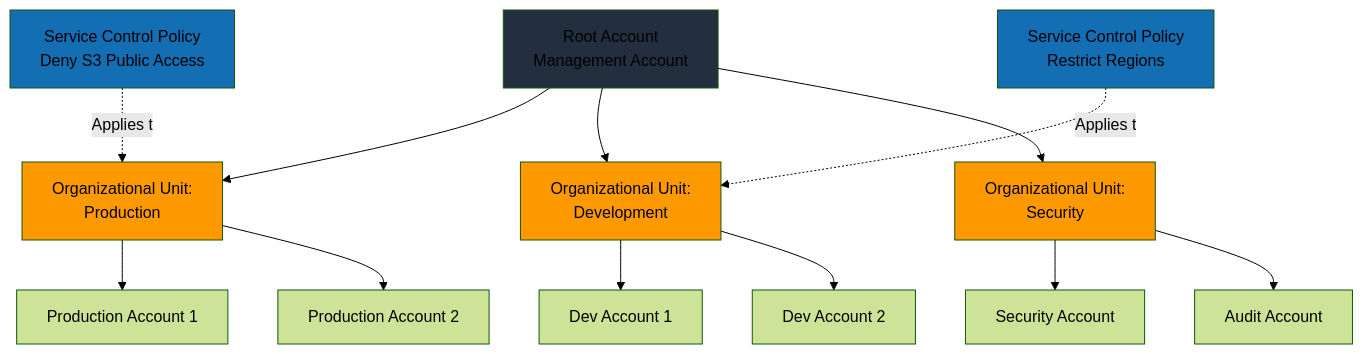
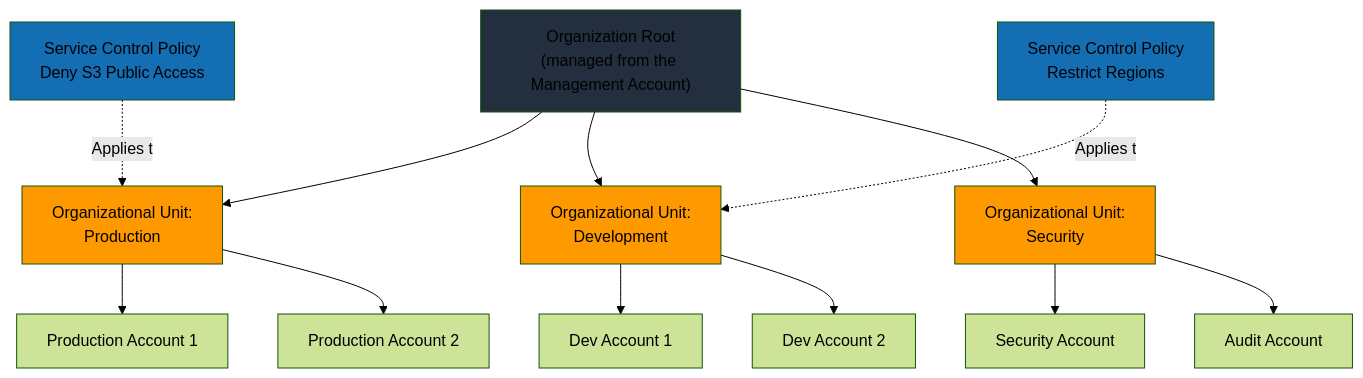
One commit to vanhoangkha/aws-saa-c03-study-guide- changed diagram 12 of 15 in 01-AWS-Fundamentals/DIAGRAMS.md. Above: the diagram before and after it, drawn with Mermaid (forest theme). The commit also changed other lines of this file and 9 other files, not shown here.

````diff
--- a/01-AWS-Fundamentals/DIAGRAMS.md
+++ b/01-AWS-Fundamentals/DIAGRAMS.md
@@ -483,33 +484,33 @@
 ```mermaid
 graph TB
-    Root["Root Account<br/>Management Account"]
+    Root["Organization Root<br/>(managed from the Management Account)"]
     
     Root --> OU1["Organizational Unit:<br/>Production"]
     Root --> OU2["Organizational Unit:<br/>Development"]
     Root --> OU3["Organizational Unit:<br/>Security"]
     
     OU1 --> ProdAcct1[Production Account 1]
     OU1 --> ProdAcct2[Production Account 2]
     
     OU2 --> DevAcct1[Dev Account 1]
     OU2 --> DevAcct2[Dev Account 2]
     
     OU3 --> SecAcct1[Security Account]
     OU3 --> SecAcct2[Audit Account]
     
     SCP1["Service Control Policy<br/>Deny S3 Public Access"] -.Applies to.-> OU1
     SCP2["Service Control Policy<br/>Restrict Regions"] -.Applies to.-> OU2
     
     classDef style1 fill:#232F3E
     class Root style1
     classDef style2 fill:#FF9900
     class OU1 style2
     classDef style3 fill:#FF9900
     class OU2 style3
     classDef style4 fill:#FF9900
     class OU3 style4
     classDef style5 fill:#146EB4
     class SCP1 style5
     classDef style6 fill:#146EB4
     class SCP2 style6
 ```
````
